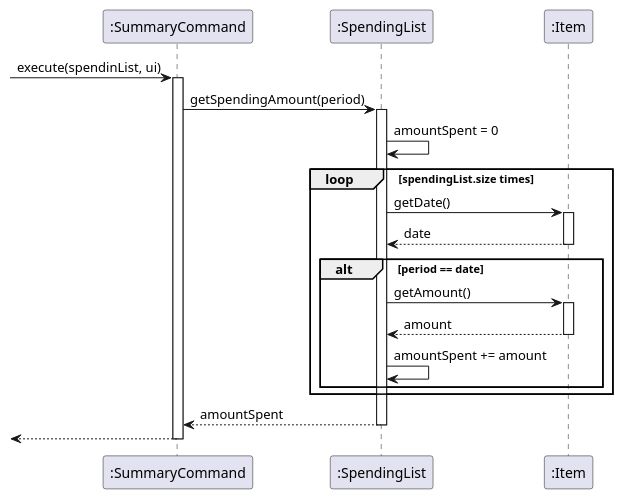
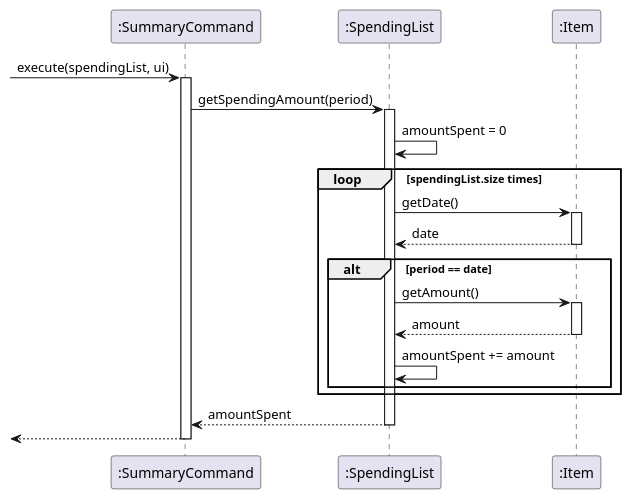
The diagram in src/uml/summary.puml (xieyaoyue/tp), drawn with PlantUML before and after one commit. The commit also changed 1 other file, not shown here.

Commit message:
add uml diagram to git

```diff
--- a/src/uml/summary.puml
+++ b/src/uml/summary.puml
@@ -1,35 +1,35 @@
 @startuml
--> ":SummaryCommand": execute(spendinList, ui)
+-> ":SummaryCommand": execute(spendingList, ui)
 activate ":SummaryCommand"
 
 ":SummaryCommand" -> ":SpendingList": getSpendingAmount(period)
 activate ":SpendingList"
 
 ":SpendingList" -> ":SpendingList": amountSpent = 0
 
 loop spendingList.size times
 
 
 ":SpendingList" -> ":Item": getDate()
 activate ":Item"
 ":Item" --> ":SpendingList": date
 deactivate ":Item"
 
 alt period == date
 ":SpendingList" -> ":Item": getAmount()
 activate ":Item"
 ":Item" --> ":SpendingList": amount
 deactivate ":Item"
 
 ":SpendingList" -> ":SpendingList": amountSpent += amount
 
 end
 
 end
 
 ":SpendingList" --> ":SummaryCommand": amountSpent
 deactivate ":SpendingList"
 
 <-- ":SummaryCommand"
 deactivate ":SummaryCommand"
 @enduml
```
